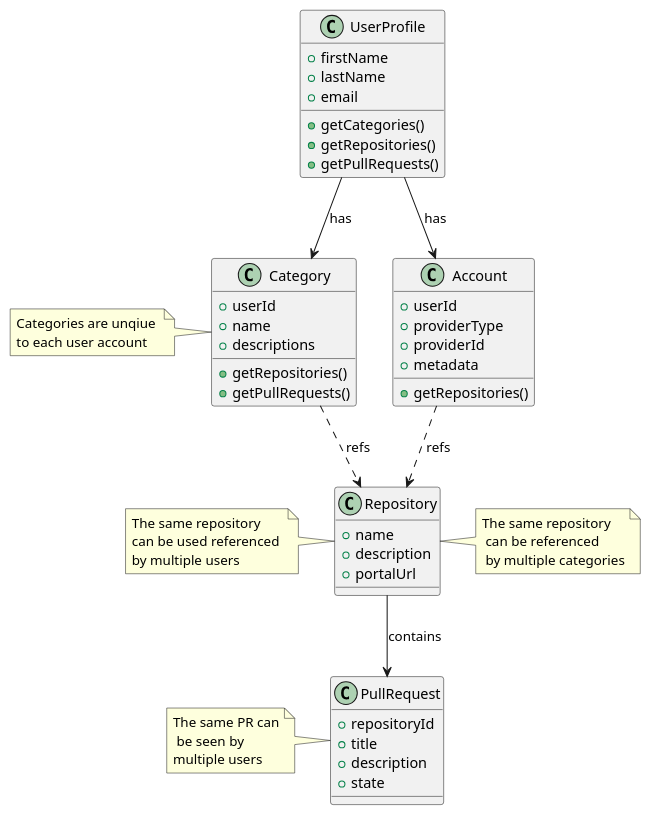
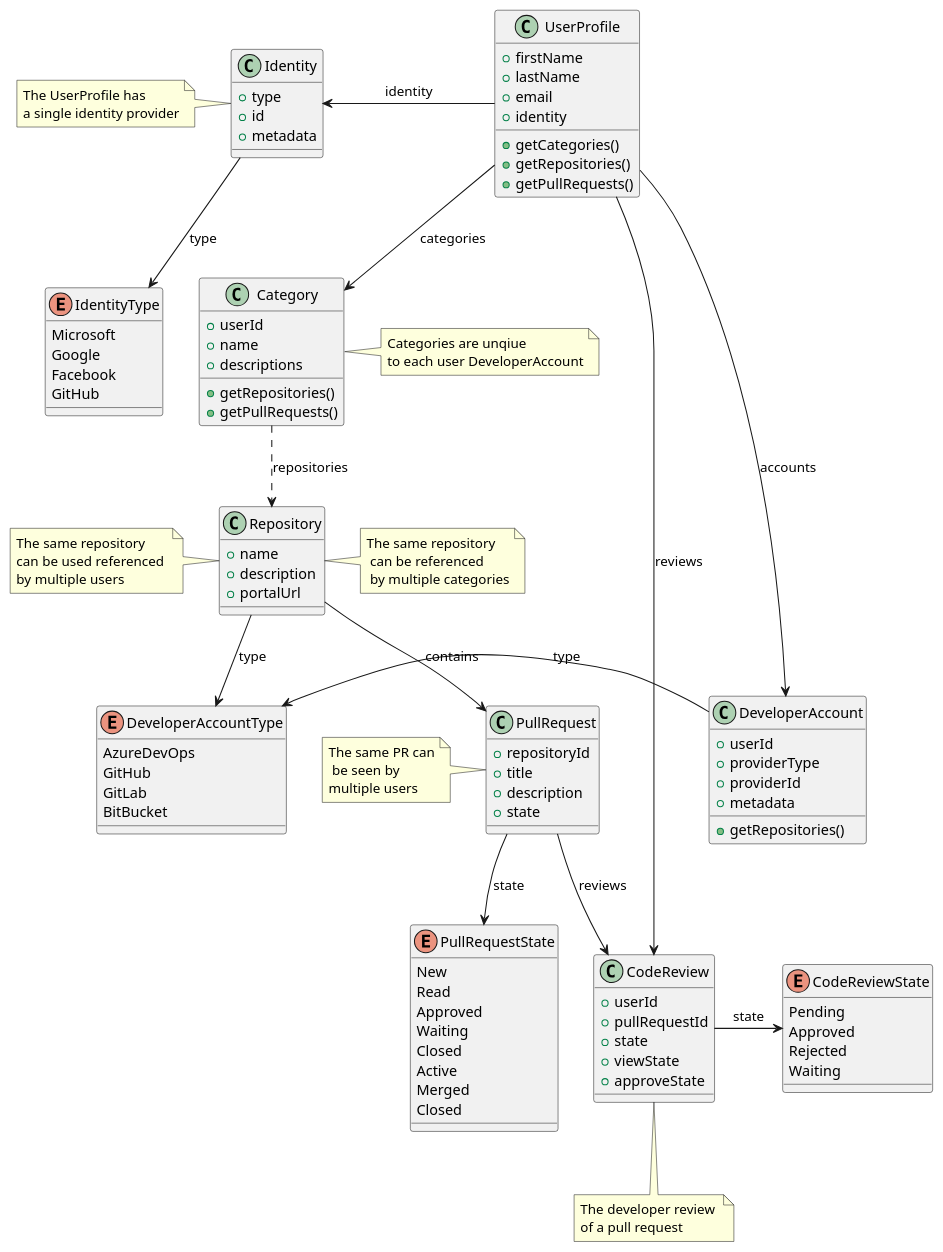
Before and after one commit to wbreza/paddleboard: the diagram in packages/core/docs/dataModel.puml, drawn with PlantUML. The commit also changed 14 other files, not shown here.

```diff
--- a/packages/core/docs/dataModel.puml
+++ b/packages/core/docs/dataModel.puml
@@ -1,56 +1,116 @@
 @startuml
 
 class UserProfile {
   +firstName
   +lastName
   +email
+  +identity
   +getCategories()
   +getRepositories()
   +getPullRequests()
 }
 
-class Account {
+UserProfile -left-> Identity: identity
+UserProfile --> DeveloperAccount : accounts
+UserProfile --> Category : categories
+UserProfile --> CodeReview : reviews
+
+class CodeReview {
+  +userId
+  +pullRequestId
+  +state
+  +viewState
+  +approveState
+}
+
+CodeReview -right-> CodeReviewState : state
+note bottom of CodeReview : The developer review \nof a pull request
+
+enum PullRequestState {
+  New
+  Read
+  Approved
+  Waiting
+  Closed
+}
+
+enum PullRequestState {
+  Active
+  Merged
+  Closed
+}
+
+enum CodeReviewState {
+  Pending
+  Approved
+  Rejected
+  Waiting
+}
+
+class DeveloperAccount {
   +userId
   +providerType
   +providerId
   +metadata
   +getRepositories()
+}
+
+DeveloperAccount -left-> DeveloperAccountType : type
+
+class Identity {
+  +type
+  +id
+  +metadata
+}
+Identity --> IdentityType : type
+note left of Identity : The UserProfile has \na single identity provider
+
+enum IdentityType {
+  Microsoft
+  Google
+  Facebook
+  GitHub
+}
+
+enum DeveloperAccountType {
+  AzureDevOps
+  GitHub
+  GitLab
+  BitBucket
 }
 
 class Category {
   +userId
   +name
   +descriptions
   +getRepositories()
   +getPullRequests()
 }
 
-note left of Category: Categories are unqiue \nto each user account
+Category ..> Repository: repositories
+
+note right of Category: Categories are unqiue \nto each user DeveloperAccount
 
 class Repository {
   +name
   +description
   +portalUrl
 }
 
+Repository --> PullRequest : contains
+Repository --> DeveloperAccountType : type
 note left of Repository: The same repository \ncan be used referenced \nby multiple users
 note right of Repository: The same repository \n can be referenced \n by multiple categories
 
 class PullRequest {
   +repositoryId
   +title
   +description
   +state
 }
 
+PullRequest --> CodeReview : reviews
+PullRequest --> PullRequestState: state
 note left of PullRequest : The same PR can\n be seen by \nmultiple users
 
-UserProfile --> Account : has
-Account ..> Repository : refs
-
-UserProfile --> Category : has
-Category ..> Repository: refs
-
-Repository --> PullRequest : contains
-
 @enduml
```
